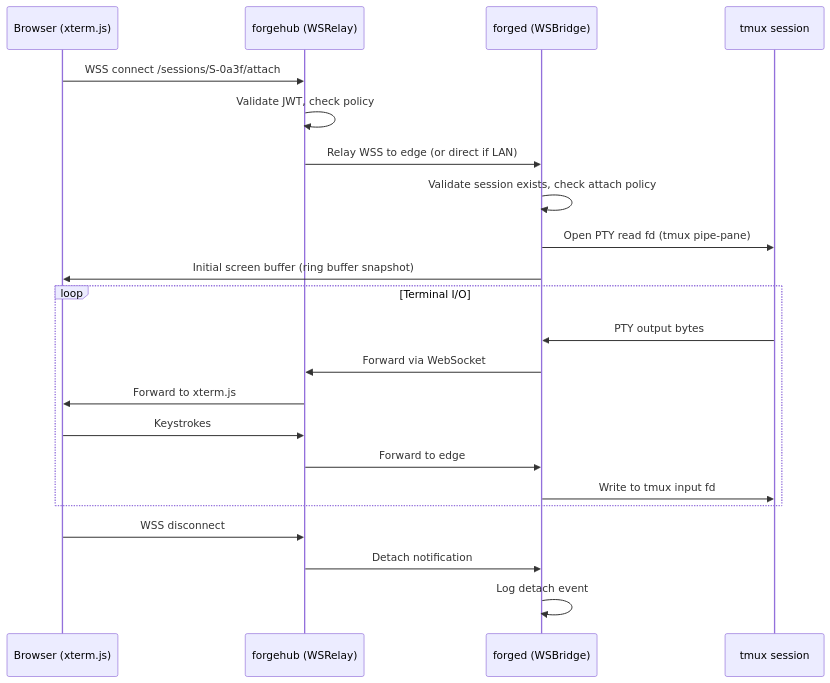
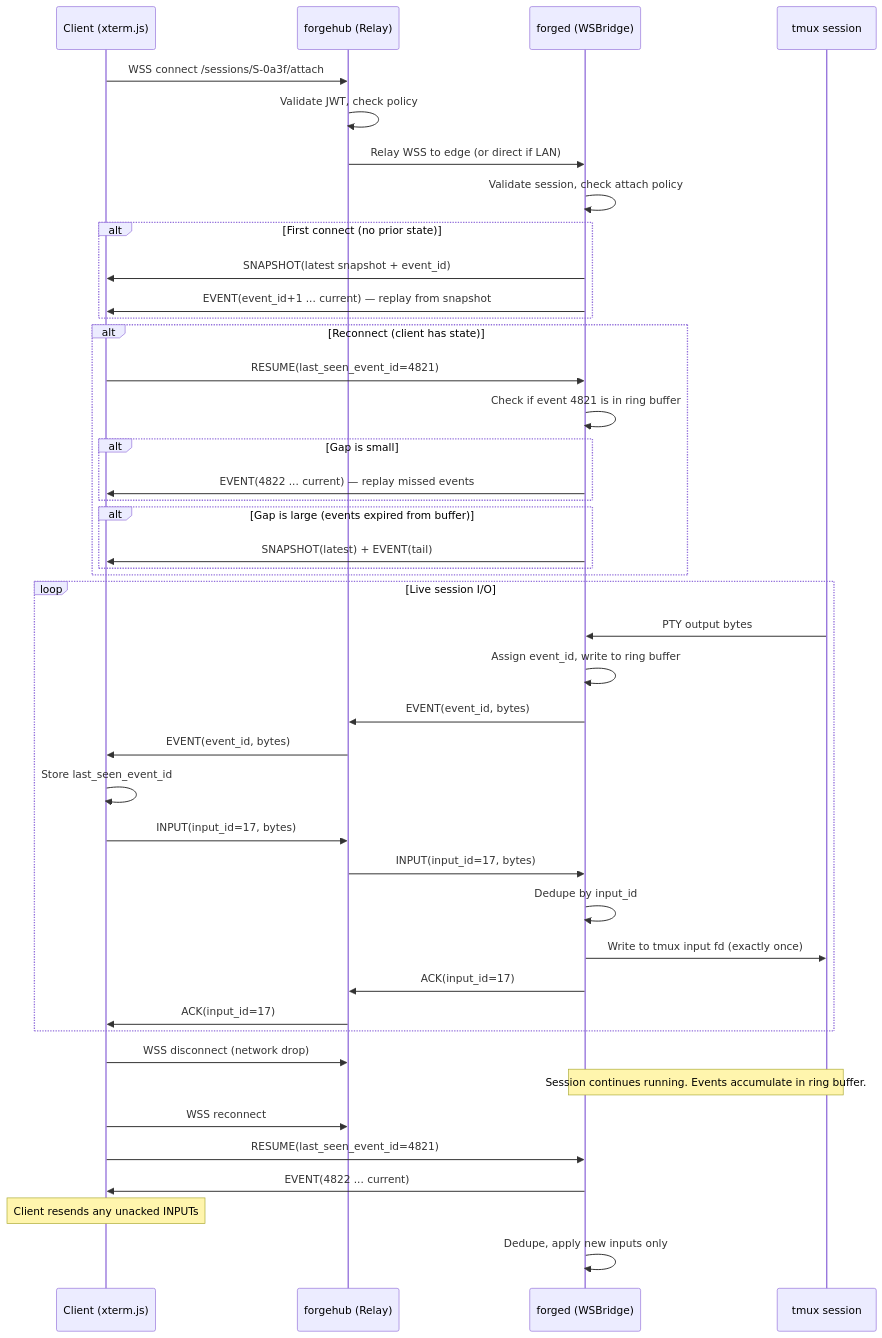
The eighth of 13 diagrams in docs/specs/design.md (jonochang/forgemux), drawn with Mermaid before and after one commit. The commit also changed other lines of this file and 1 other file, not shown here.

Commit message:
update design and roadmap to improve reliability of connections

````diff
--- a/docs/specs/design.md
+++ b/docs/specs/design.md
@@ -796,27 +816,51 @@
 ```mermaid
 sequenceDiagram
-    participant B as Browser (xterm.js)
-    participant H as forgehub (WSRelay)
+    participant C as Client (xterm.js)
+    participant H as forgehub (Relay)
     participant E as forged (WSBridge)
     participant T as tmux session
 
-    B->>H: WSS connect /sessions/S-0a3f/attach
+    C->>H: WSS connect /sessions/S-0a3f/attach
     H->>H: Validate JWT, check policy
     H->>E: Relay WSS to edge (or direct if LAN)
-    E->>E: Validate session exists, check attach policy
-    E->>T: Open PTY read fd (tmux pipe-pane)
-    E->>B: Initial screen buffer (ring buffer snapshot)
+    E->>E: Validate session, check attach policy
 
-    loop Terminal I/O
-        T->>E: PTY output bytes
-        E->>H: Forward via WebSocket
-        H->>B: Forward to xterm.js
-        B->>H: Keystrokes
-        H->>E: Forward to edge
-        E->>T: Write to tmux input fd
+    alt First connect (no prior state)
+        E->>C: SNAPSHOT(latest snapshot + event_id)
+        E->>C: EVENT(event_id+1 ... current) — replay from snapshot
     end
 
-    B->>H: WSS disconnect
-    H->>E: Detach notification
-    E->>E: Log detach event
+    alt Reconnect (client has state)
+        C->>E: RESUME(last_seen_event_id=4821)
+        E->>E: Check if event 4821 is in ring buffer
+        alt Gap is small
+            E->>C: EVENT(4822 ... current) — replay missed events
+        end
+        alt Gap is large (events expired from buffer)
+            E->>C: SNAPSHOT(latest) + EVENT(tail)
+        end
+    end
+
+    loop Live session I/O
+        T->>E: PTY output bytes
+        E->>E: Assign event_id, write to ring buffer
+        E->>H: EVENT(event_id, bytes)
+        H->>C: EVENT(event_id, bytes)
+        C->>C: Store last_seen_event_id
+
+        C->>H: INPUT(input_id=17, bytes)
+        H->>E: INPUT(input_id=17, bytes)
+        E->>E: Dedupe by input_id
+        E->>T: Write to tmux input fd (exactly once)
+        E->>H: ACK(input_id=17)
+        H->>C: ACK(input_id=17)
+    end
+
+    C->>H: WSS disconnect (network drop)
+    Note over E,T: Session continues running. Events accumulate in ring buffer.
+    C->>H: WSS reconnect
+    C->>E: RESUME(last_seen_event_id=4821)
+    E->>C: EVENT(4822 ... current)
+    Note over C: Client resends any unacked INPUTs
+    E->>E: Dedupe, apply new inputs only
 ```
````
